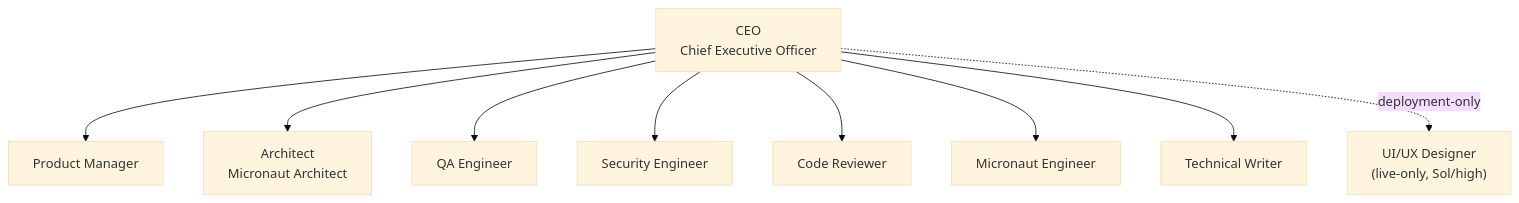
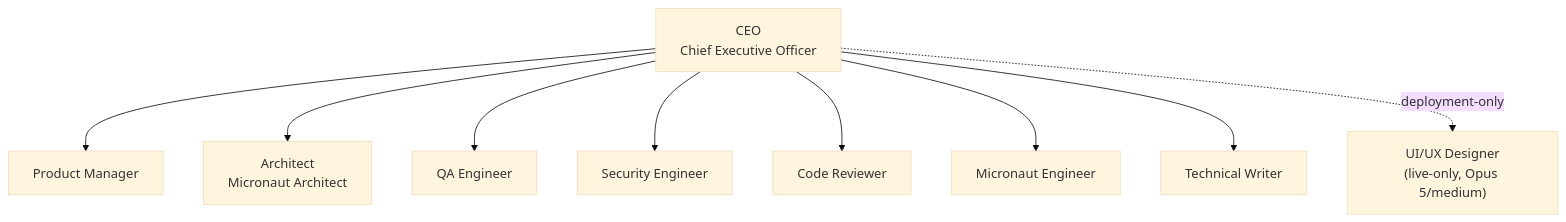
Before and after one commit to alvarosanchez/micronaut-agent-company: the second of 2 diagrams in README.md, drawn with Mermaid (base theme). The commit also changed other lines of this file and 1 other file, not shown here.

````diff
--- a/README.md
+++ b/README.md
@@ -385,21 +384,21 @@
 ```mermaid
 flowchart TD
     CEO["CEO<br/>Chief Executive Officer"]
     PM["Product Manager"]
     Architect["Architect<br/>Micronaut Architect"]
     QA["QA Engineer"]
     Security["Security Engineer"]
     Reviewer["Code Reviewer"]
     Engineer["Micronaut Engineer"]
     Writer["Technical Writer"]
-    UIUX["UI/UX Designer<br/>(live-only, Sol/high)"]
+    UIUX["UI/UX Designer<br/>(live-only, Opus 5/medium)"]
 
     CEO --> PM
     CEO --> Architect
     CEO --> QA
     CEO --> Security
     CEO --> Reviewer
     CEO --> Engineer
     CEO --> Writer
     CEO -. deployment-only .-> UIUX
 ```
````
